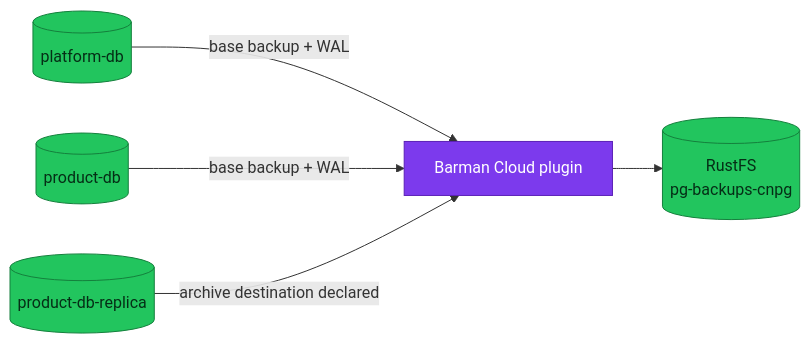
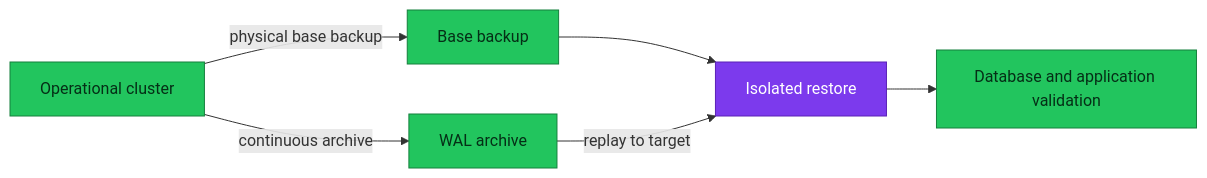
Before and after one commit to duynhlab/homelab: the diagram in docs/databases/backup-policy.md, drawn with Mermaid. The commit also changed other lines of this file and 50 other files, not shown here.

````diff
--- a/docs/databases/backup-policy.md
+++ b/docs/databases/backup-policy.md
@@ -29,18 +21,13 @@
 ```mermaid
 flowchart LR
-    Platform[("platform-db")]
-    Product[("product-db")]
-    DR[("product-db-replica")]
-    Plugin["Barman Cloud plugin"]
-    Store[("RustFS<br/>pg-backups-cnpg")]
-
-    Platform -->|"base backup + WAL"| Plugin
-    Product -->|"base backup + WAL"| Plugin
-    DR -->|"archive destination declared"| Plugin
-    Plugin --> Store
+    Cluster["Operational cluster"] -->|"physical base backup"| Base["Base backup"]
+    Cluster -->|"continuous archive"| WAL["WAL archive"]
+    Base --> Restore["Isolated restore"]
+    WAL -->|"replay to target"| Restore
+    Restore --> Validate["Database and application validation"]
 
     classDef platform fill:#7c3aed,color:#fff,stroke:#5b21b6;
     classDef data fill:#22c55e,color:#052e16,stroke:#15803d;
-    class Plugin platform;
-    class Platform,Product,DR,Store data;
+    class Cluster,Base,WAL,Validate data;
+    class Restore platform;
 ```
````
